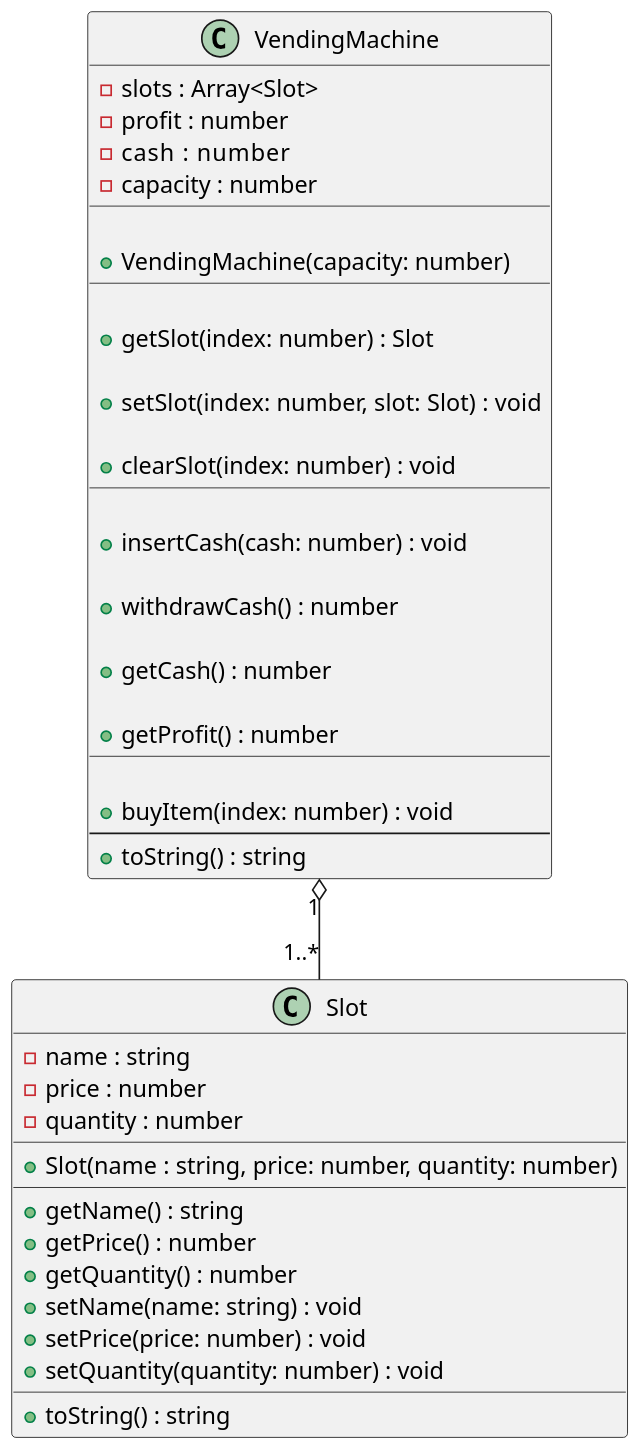
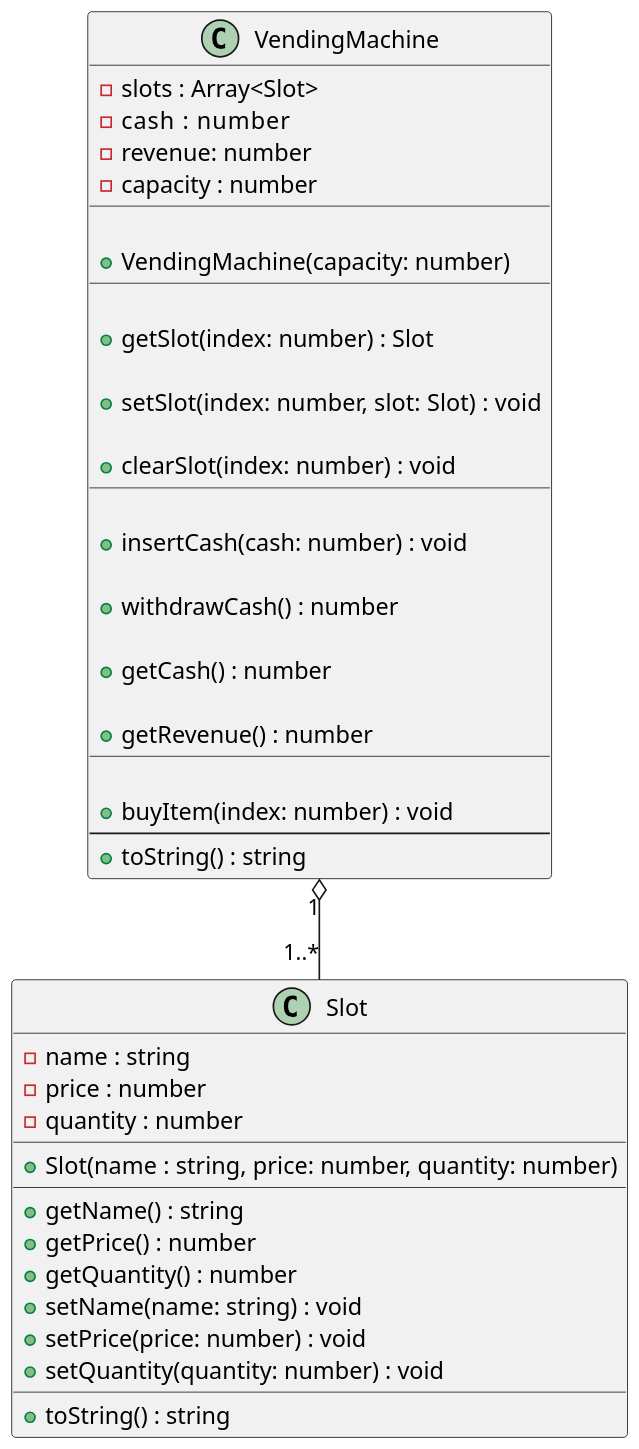
One commit to qxcodepoo/arcade changed the diagram in labs/junkfood/assets/diagrama.puml. Above: the diagram before and after it, drawn with PlantUML. The commit also changed 4 other files, not shown here.

```diff
--- a/labs/junkfood/assets/diagrama.puml
+++ b/labs/junkfood/assets/diagrama.puml
@@ -2,70 +2,70 @@
 @startuml
 
 skinparam defaultFontName "Source Code Pro"
 skinparam dpi 150
 
 
 class Slot {
     - name : string
     - price : number
     - quantity : number
     __
     + Slot(name : string, price: number, quantity: number)
     __
     + getName() : string
     + getPrice() : number
     + getQuantity() : number
     + setName(name: string) : void
     + setPrice(price: number) : void
     + setQuantity(quantity: number) : void
     __
     + toString() : string
 }
 
 class VendingMachine {
     - slots : Array<Slot>
-    - profit : number
     - cash   : number
+    - revenue: number
     - capacity : number
     __
 
     ' inicialize a máquina criando todos os slots
     + VendingMachine(capacity: number)
     __
 
     ' se houver slot nessa posição, retorne
     ' se não, retorne null ou lance uma exceção
     + getSlot(index: number) : Slot
 
     ' altere o valor slot nessa posição
     + setSlot(index: number, slot: Slot) : void
 
     ' limpe as informações do slot nessa posição
     + clearSlot(index: number) : void
     __
 
     ' adicione dinheiro no cash da máquina
     + insertCash(cash: number) : void
 
     ' retorne o valor do cash da máquina e zere o cash
     + withdrawCash() : number
 
     ' informe o valor do cash sem zerar o cash
     + getCash() : number
 
     ' informe o valor apurado com todas as vendas
-    + getProfit() : number
+    + getRevenue() : number
     __
 
     ' se existir produto nessa posição
     ' se o dinheiro do cash for suficiente
     ' se a quantidade do produto for maior que zero
     ' deduza da quantidade 1
     ' deduza do cash o valor do produto
     + buyItem(index: number) : void
     --
     + toString() : string
 }
 
 VendingMachine "1" o-- "1..*" Slot
 @enduml
```
